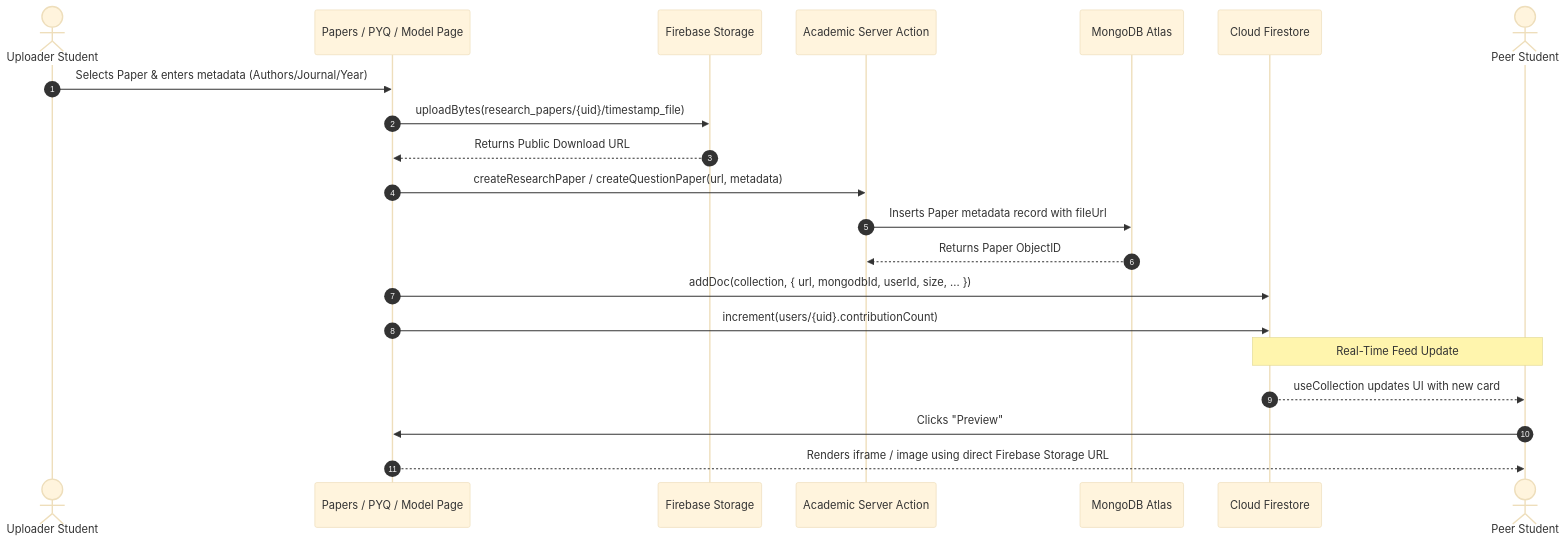
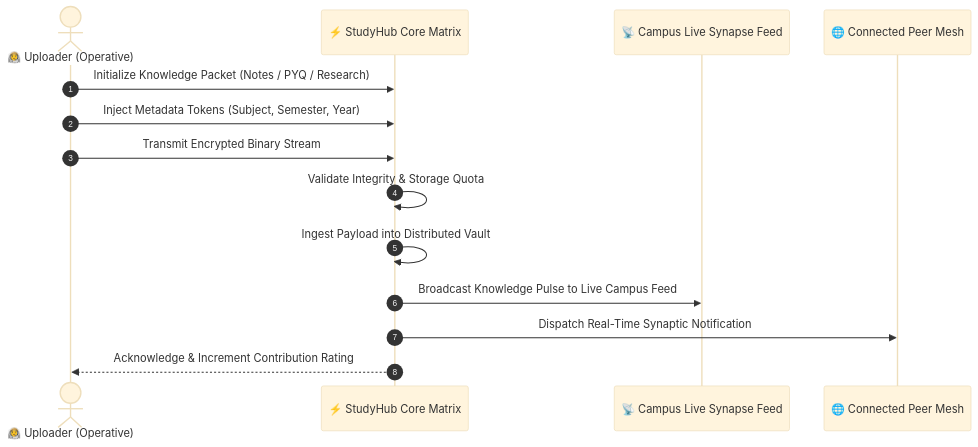
Before and after one commit to IKnowU27735300/StudyHuby: the second of 4 diagrams in studyhub/README.md, drawn with Mermaid (base theme). The commit also changed other lines of this file, not shown here.

````diff
--- a/studyhub/README.md
+++ b/studyhub/README.md
@@ -174,25 +111,17 @@
 ```mermaid
 sequenceDiagram
     autonumber
-    actor Uploader as Uploader Student
-    participant App as Papers / PYQ / Model Page
-    participant Storage as Firebase Storage
-    participant Server as Academic Server Action
-    participant Mongo as MongoDB Atlas
-    participant Firestore as Cloud Firestore
-    actor Peer as Peer Student
+    actor Operative as 👨‍🚀 Uploader (Operative)
+    participant Matrix as ⚡ StudyHub Core Matrix
+    participant Feed as 📡 Campus Live Synapse Feed
+    participant Peers as 🌐 Connected Peer Mesh
 
-    Uploader->>App: Selects Paper & enters metadata (Authors/Journal/Year)
-    App->>Storage: uploadBytes(research_papers/{uid}/timestamp_file)
-    Storage-->>App: Returns Public Download URL
-    App->>Server: createResearchPaper / createQuestionPaper(url, metadata)
-    Server->>Mongo: Inserts Paper metadata record with fileUrl
-    Mongo-->>Server: Returns Paper ObjectID
-    App->>Firestore: addDoc(collection, { url, mongodbId, userId, size, ... })
-    App->>Firestore: increment(users/{uid}.contributionCount)
-    
-    note over Firestore,Peer: Real-Time Feed Update
-    Firestore-->>Peer: useCollection updates UI with new card
-    Peer->>App: Clicks "Preview"
-    App-->>Peer: Renders iframe / image using direct Firebase Storage URL
+    Operative->>Matrix: Initialize Knowledge Packet (Notes / PYQ / Research)
+    Operative->>Matrix: Inject Metadata Tokens (Subject, Semester, Year)
+    Operative->>Matrix: Transmit Encrypted Binary Stream
+    Matrix->>Matrix: Validate Integrity & Storage Quota
+    Matrix->>Matrix: Ingest Payload into Distributed Vault
+    Matrix->>Feed: Broadcast Knowledge Pulse to Live Campus Feed
+    Matrix->>Peers: Dispatch Real-Time Synaptic Notification
+    Matrix-->>Operative: Acknowledge & Increment Contribution Rating
 ```
````
